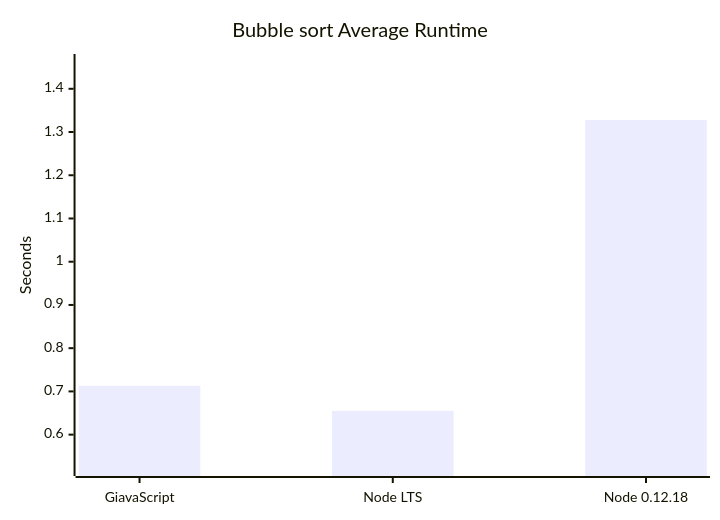
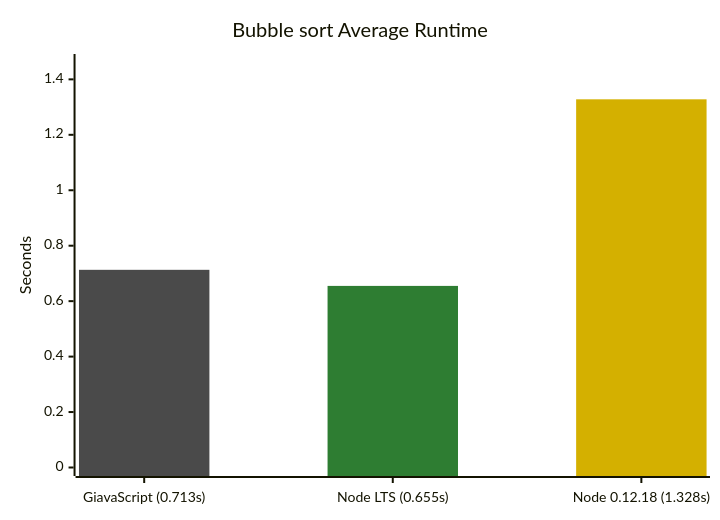
Before and after one commit to GiavaScript/GiavaScript: the first of 4 diagrams in README.md, drawn with Mermaid. The commit also changed other lines of this file and 1 other file, not shown here.

Commit message:
improved charts

````diff
--- a/README.md
+++ b/README.md
@@ -77,7 +77,10 @@
 ```mermaid
+%%{init: {"themeVariables": {"xyChart": {"plotColorPalette": "#4a4a4a, #2e7d32, #d4b000"}}}}%%
 xychart-beta
     title "Bubble sort Average Runtime"
-    x-axis ["GiavaScript", "Node LTS", "Node 0.12.18"]
-    y-axis "Seconds" 0.524 --> 1.4608
-    bar [0.713, 0.655, 1.328]
+    x-axis ["GiavaScript (0.713s)", "Node LTS (0.655s)", "Node 0.12.18 (1.328s)"]
+    y-axis "Seconds" 0 --> 1.4608
+    bar [0.713, -1, -1]
+    bar [-1, 0.655, -1]
+    bar [-1, -1, 1.328]
 ```
````
